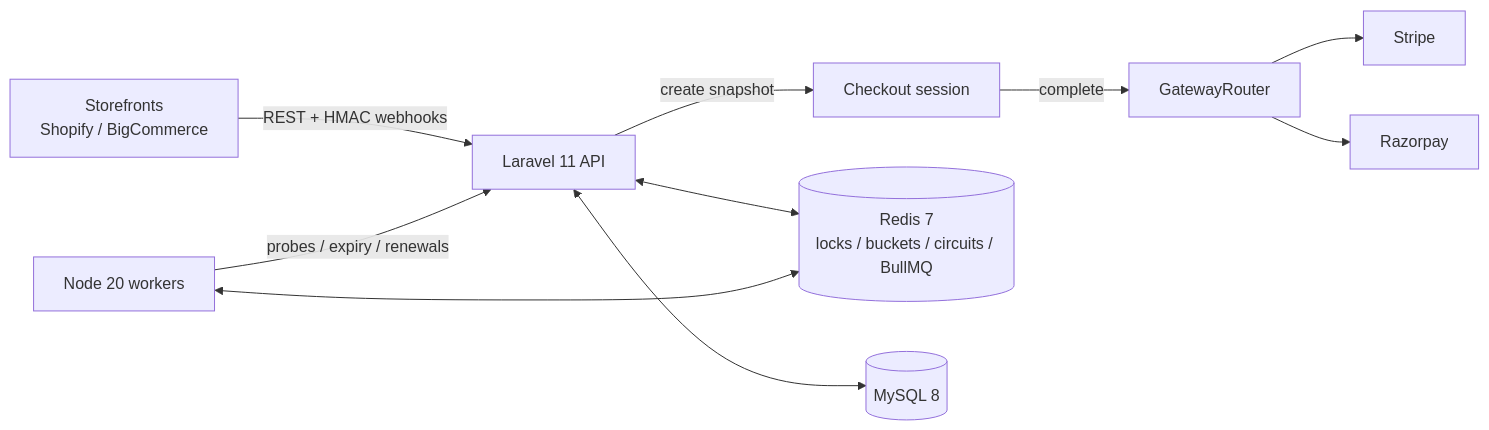
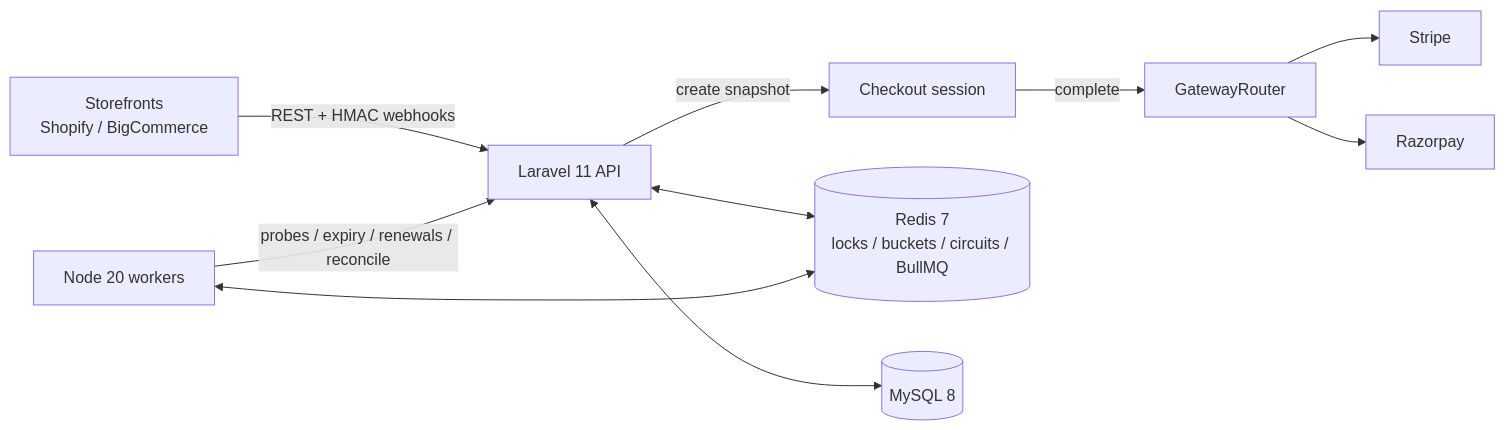
Before and after one commit to deepbis94/checkouthub: the diagram in README.md, drawn with Mermaid. The commit also changed other lines of this file and 25 other files, not shown here.

````diff
--- a/README.md
+++ b/README.md
@@ -7,12 +7,12 @@
 ```mermaid
 flowchart LR
   SF[Storefronts<br/>Shopify / BigCommerce] -->|REST + HMAC webhooks| API[Laravel 11 API]
   API -->|create snapshot| CO[Checkout session]
   CO -->|complete| GR[GatewayRouter]
   GR --> ST[Stripe]
   GR --> RZ[Razorpay]
   API <--> R[(Redis 7<br/>locks / buckets / circuits / BullMQ)]
   API <--> DB[(MySQL 8)]
   W[Node 20 workers] <--> R
-  W -->|probes / expiry / renewals| API
+  W -->|probes / expiry / renewals / reconcile| API
 ```
````
